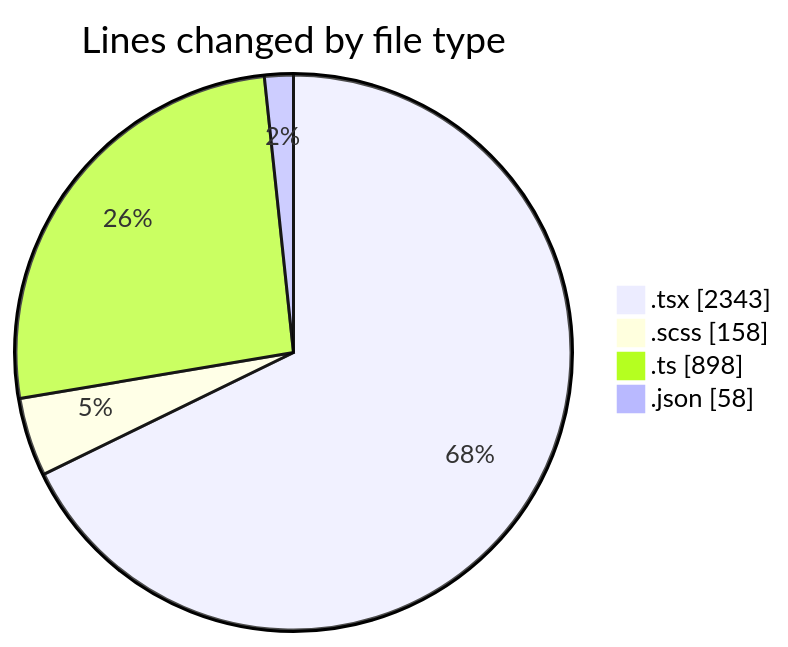
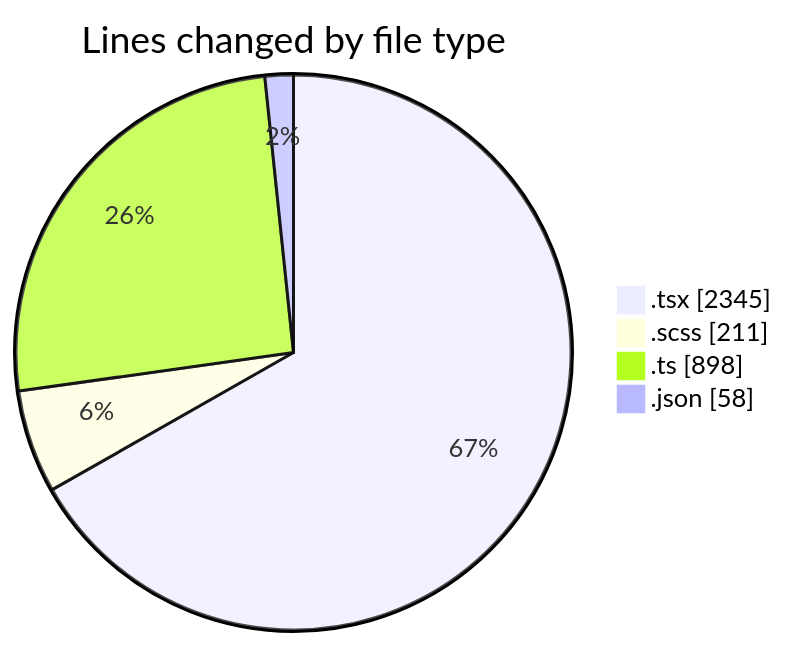
Before and after one commit to momahboobian/code-tracking: the first of 2 diagrams in 2026-09-04/cda/README.md, drawn with Mermaid. The commit also changed other lines of this file and 1 other file, not shown here.

````diff
--- a/2026-09-04/cda/README.md
+++ b/2026-09-04/cda/README.md
@@ -57,8 +58,8 @@
 ```mermaid
 pie showData
 title Lines changed by file type
-".tsx" : 2343
-".scss" : 158
+".tsx" : 2345
+".scss" : 211
 ".ts" : 898
 ".json" : 58
 ```
````
